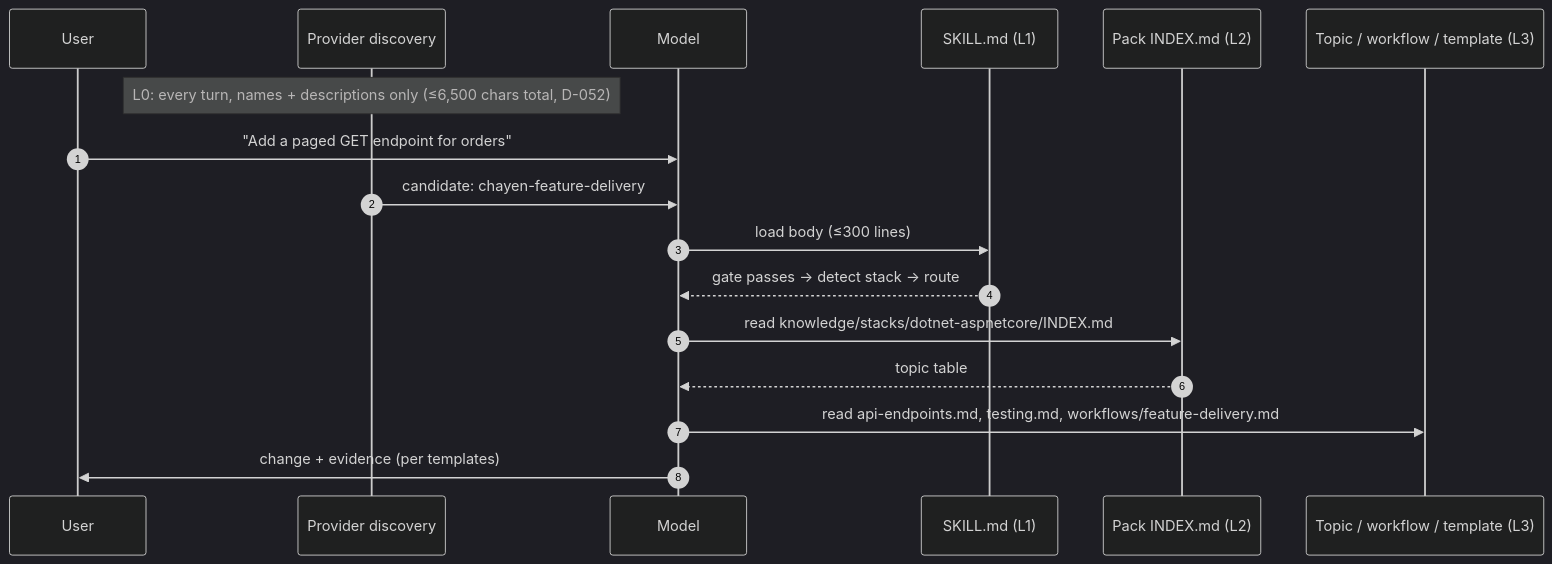
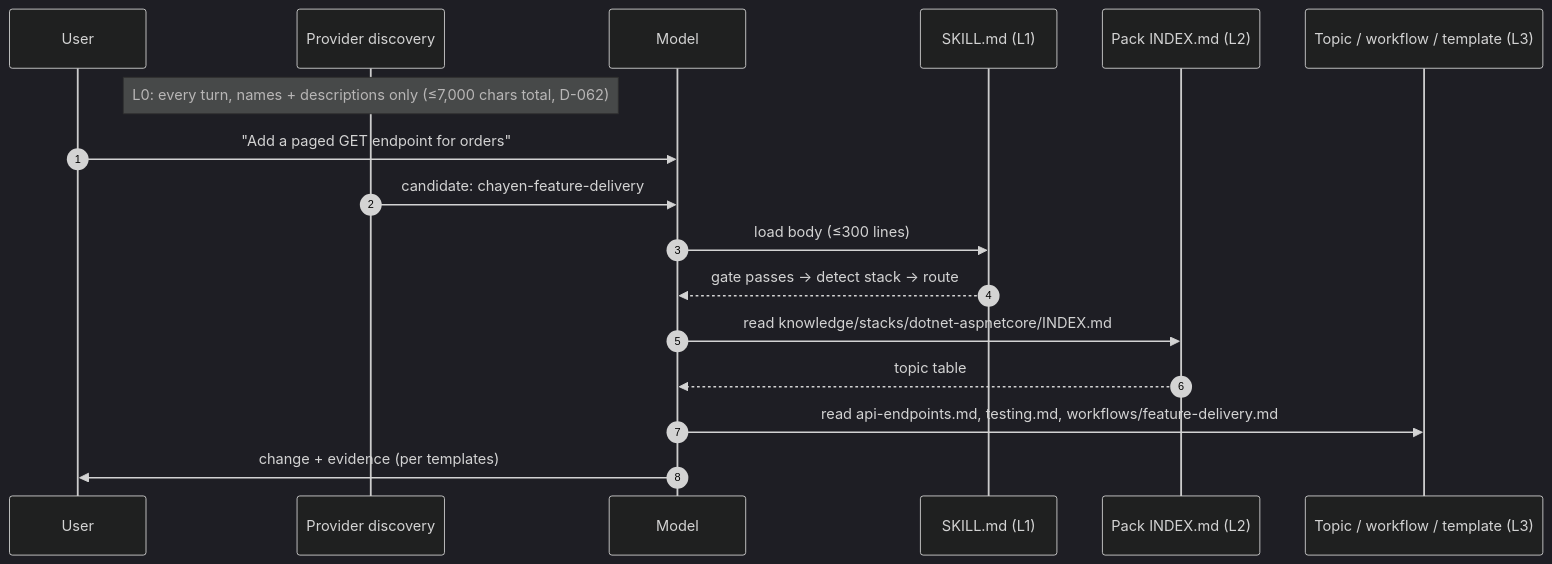
One commit to CodeJaDee/codejadee-chayen-framework changed the third of 6 diagrams in docs/chayen/ARCHITECTURE.md. Above: the diagram before and after it, drawn with Mermaid (dark theme). The commit also changed other lines of this file and 79 other files, not shown here.

````diff
--- a/docs/chayen/ARCHITECTURE.md
+++ b/docs/chayen/ARCHITECTURE.md
@@ -393,19 +398,19 @@
 ```mermaid
 sequenceDiagram
     autonumber
     participant U as User
     participant P as Provider discovery
     participant M as Model
     participant S as SKILL.md (L1)
     participant I as Pack INDEX.md (L2)
     participant T as Topic / workflow / template (L3)
-    Note over P: L0: every turn, names + descriptions only (≤6,500 chars total, D-052)
+    Note over P: L0: every turn, names + descriptions only (≤7,000 chars total, D-062)
     U->>M: "Add a paged GET endpoint for orders"
     P->>M: candidate: chayen-feature-delivery
     M->>S: load body (≤300 lines)
     S-->>M: gate passes → detect stack → route
     M->>I: read knowledge/stacks/dotnet-aspnetcore/INDEX.md
     I-->>M: topic table
     M->>T: read api-endpoints.md, testing.md, workflows/feature-delivery.md
     M->>U: change + evidence (per templates)
 ```
````
